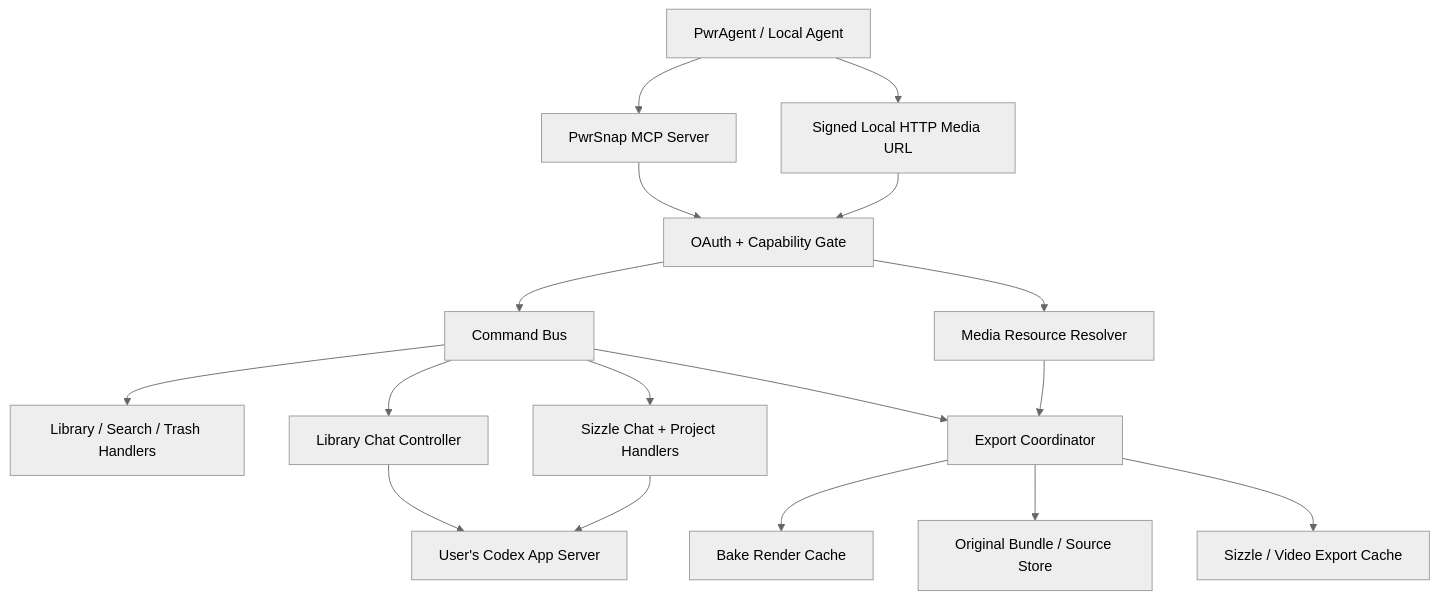
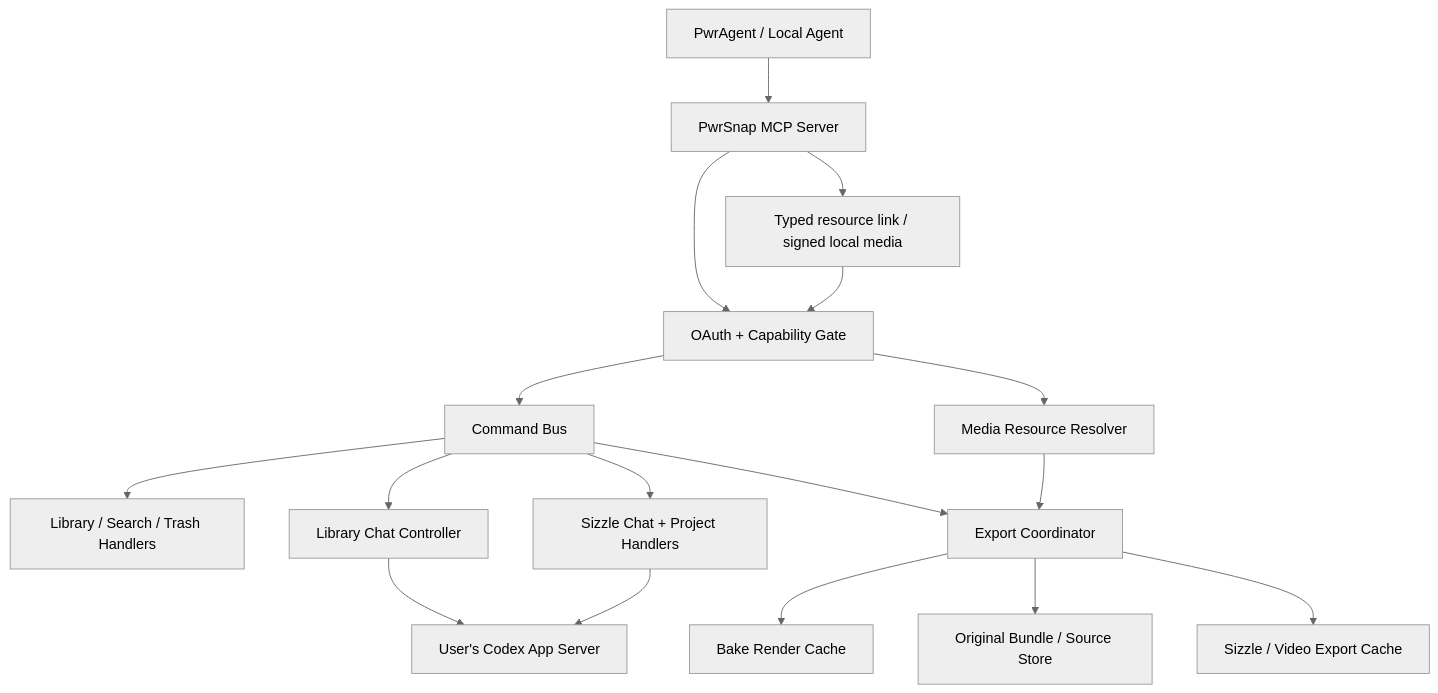
One commit to pwrdrvr/PwrSnap changed the diagram in docs/plans/2026-06-07-001-feat-local-agent-mcp-access-plan.md. Above: the diagram before and after it, drawn with Mermaid (neutral theme). The commit also changed other lines of this file and 9 other files, not shown here.

Commit message:
refactor(desktop): simplify local-agent MCP contract

````diff
--- a/docs/plans/2026-06-07-001-feat-local-agent-mcp-access-plan.md
+++ b/docs/plans/2026-06-07-001-feat-local-agent-mcp-access-plan.md
@@ -171,24 +175,24 @@
 ```mermaid
 flowchart TB
   Agent[PwrAgent / Local Agent] --> MCP[PwrSnap MCP Server]
-  Agent --> HTTP[Signed Local HTTP Media URL]
+  MCP --> HTTP[Typed resource link / signed local media]
 
   MCP --> Pairing[OAuth + Capability Gate]
   HTTP --> Pairing
 
   Pairing --> Bus[Command Bus]
   Pairing --> Media[Media Resource Resolver]
 
   Bus --> Library[Library / Search / Trash Handlers]
   Bus --> Chat[Library Chat Controller]
   Bus --> Sizzle[Sizzle Chat + Project Handlers]
   Bus --> Export[Export Coordinator]
 
   Media --> Export
   Export --> Bake[Bake Render Cache]
   Export --> Source[Original Bundle / Source Store]
   Export --> Video[Sizzle / Video Export Cache]
 
   Chat --> Codex[User's Codex App Server]
   Sizzle --> Codex
 ```
````
